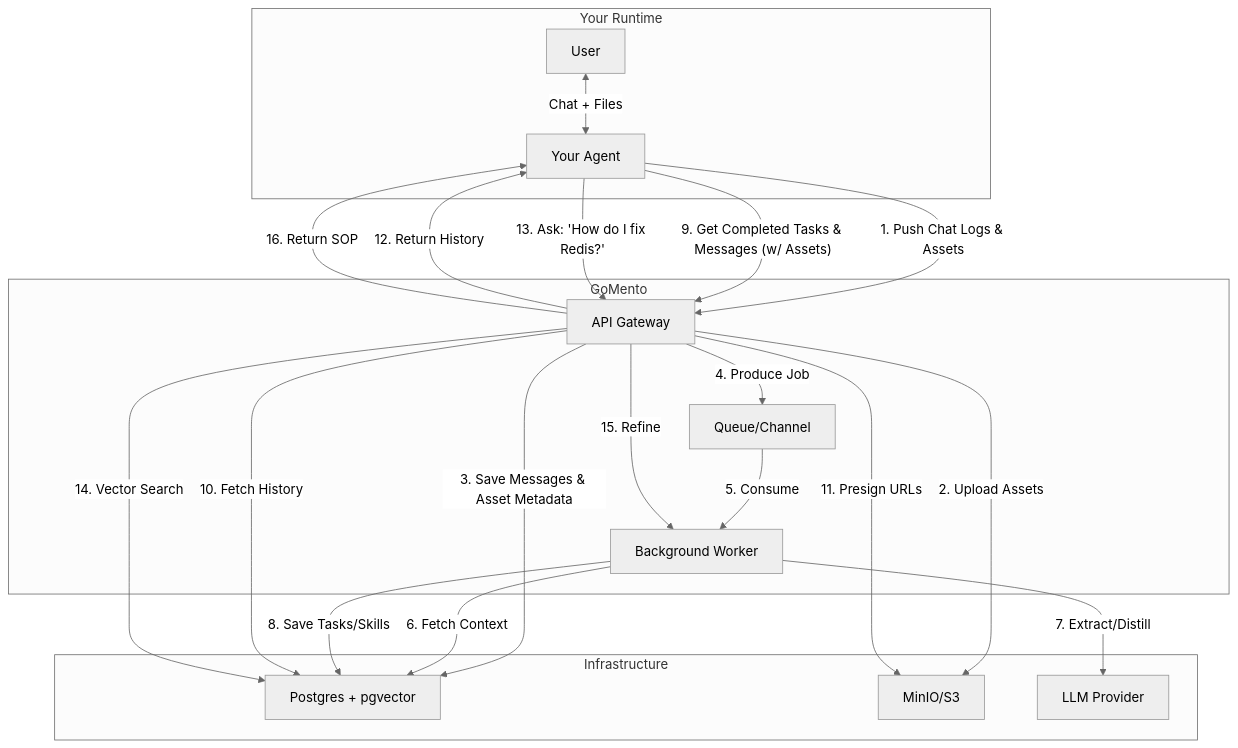
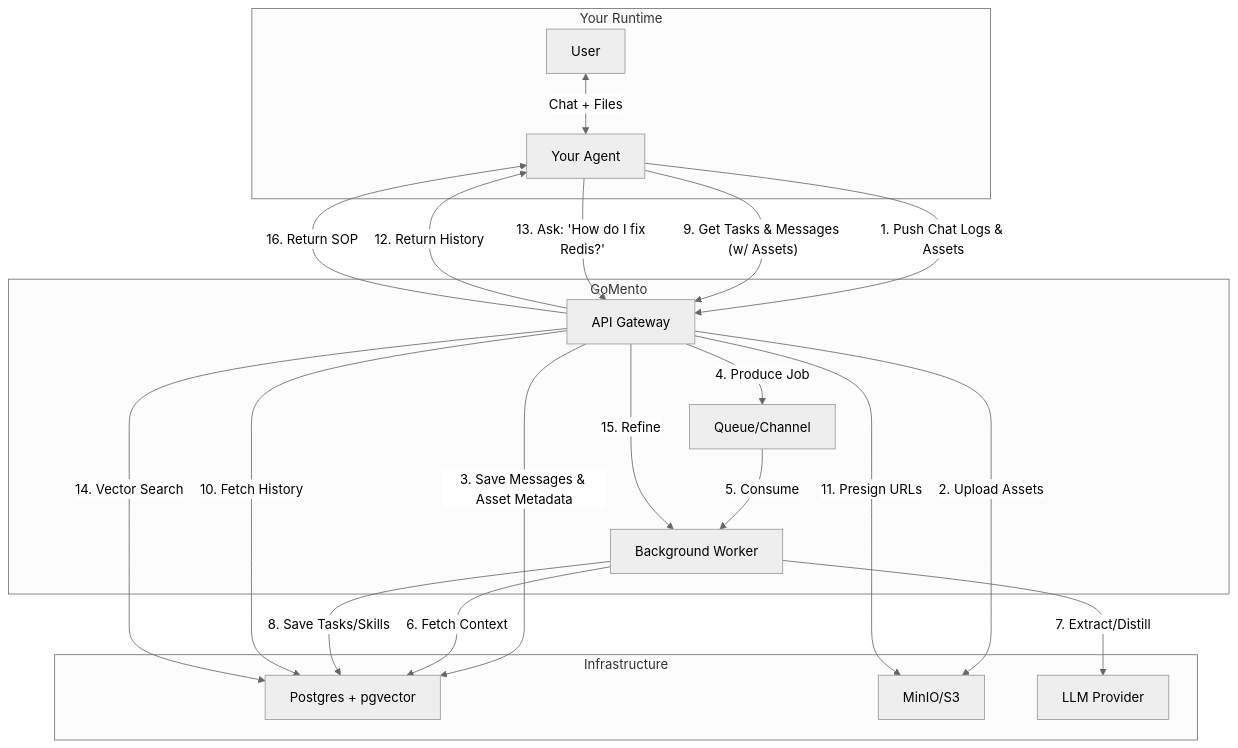
One commit to w-h-a/gomento changed the first of 2 diagrams in README.md. Above: the diagram before and after it, drawn with Mermaid (neutral theme).

Commit message:
docs: update README (#46)

````diff
--- a/README.md
+++ b/README.md
@@ -23,42 +23,42 @@
 ```mermaid
 graph TD
     subgraph "Your Runtime"
         User[User] <-->|Chat + Files| Agent[Your Agent]
     end
 
     subgraph "GoMento"
         API[API Gateway]
         Queue[Queue/Channel]
         Worker[Background Worker]
     end
 
     subgraph "Infrastructure"
         Postgres[Postgres + pgvector]
         MinIO[MinIO/S3]
         LLM[LLM Provider]
     end
 
     %% Flow 1: Storing Context
     Agent -- "1. Push Chat Logs & Assets" --> API
     API -- "2. Upload Assets" --> MinIO
     API -- "3. Save Messages & Asset Metadata" --> Postgres
     API -- "4. Produce Job" --> Queue
     
     %% Flow 2: Interpretation
     Queue -- "5. Consume" --> Worker
     Worker -- "6. Fetch Context" --> Postgres
     Worker -- "7. Extract/Distill" --> LLM
     Worker -- "8. Save Tasks/Skills" --> Postgres
 
     %% Flow 3: Retrieval (Current Session History)
-    Agent -- "9. Get Completed Tasks & Messages (w/ Assets)" --> API
+    Agent -- "9. Get Tasks & Messages (w/ Assets)" --> API
     API -- "10. Fetch History" --> Postgres
     API -- "11. Presign URLs" --> MinIO
     API -- "12. Return History" --> Agent
 
     %% Flow 4: Retrieval (Skills)
     Agent -- "13. Ask: 'How do I fix Redis?'" --> API
     API -- "14. Vector Search" --> Postgres
     API -- "15. Refine" --> Worker
     API -- "16. Return SOP" --> Agent
 ```
````
